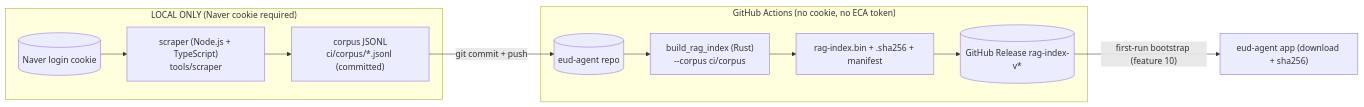
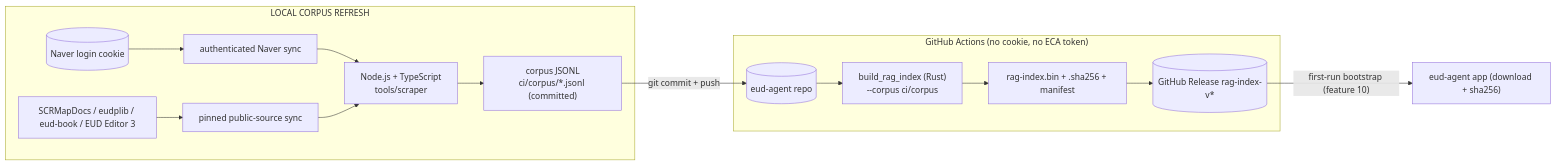
The diagram in hivemind/docs/features/16_rag-corpus-pipeline.md (raravel/eud-agent), drawn with Mermaid before and after one commit. The commit also changed other lines of this file and 29 other files, not shown here.

````diff
--- a/hivemind/docs/features/16_rag-corpus-pipeline.md
+++ b/hivemind/docs/features/16_rag-corpus-pipeline.md
@@ -11,14 +11,17 @@
 ```mermaid
 flowchart LR
-    subgraph Local["LOCAL ONLY (Naver cookie required)"]
-        Cookie[(Naver login cookie)] --> Scraper["scraper (Node.js + TypeScript)<br/>tools/scraper"]
+    subgraph Local["LOCAL CORPUS REFRESH"]
+        Cookie[(Naver login cookie)] --> Naver["authenticated Naver sync"]
+        Upstream["SCRMapDocs / eudplib / eud-book / EUD Editor 3"] --> Public["pinned public-source sync"]
+        Naver --> Scraper["Node.js + TypeScript<br/>tools/scraper"]
+        Public --> Scraper
         Scraper --> Corpus["corpus JSONL<br/>ci/corpus/*.jsonl (committed)"]
     end
     Corpus -- "git commit + push" --> Repo[(eud-agent repo)]
     subgraph CI["GitHub Actions (no cookie, no ECA token)"]
         Repo --> Build["build_rag_index (Rust)<br/>--corpus ci/corpus"]
         Build --> Bin["rag-index.bin + .sha256 + manifest"]
         Bin --> Release[(GitHub Release rag-index-v*)]
     end
     Release -- "first-run bootstrap (feature 10)" --> App["eud-agent app (download + sha256)"]
 ```
````
